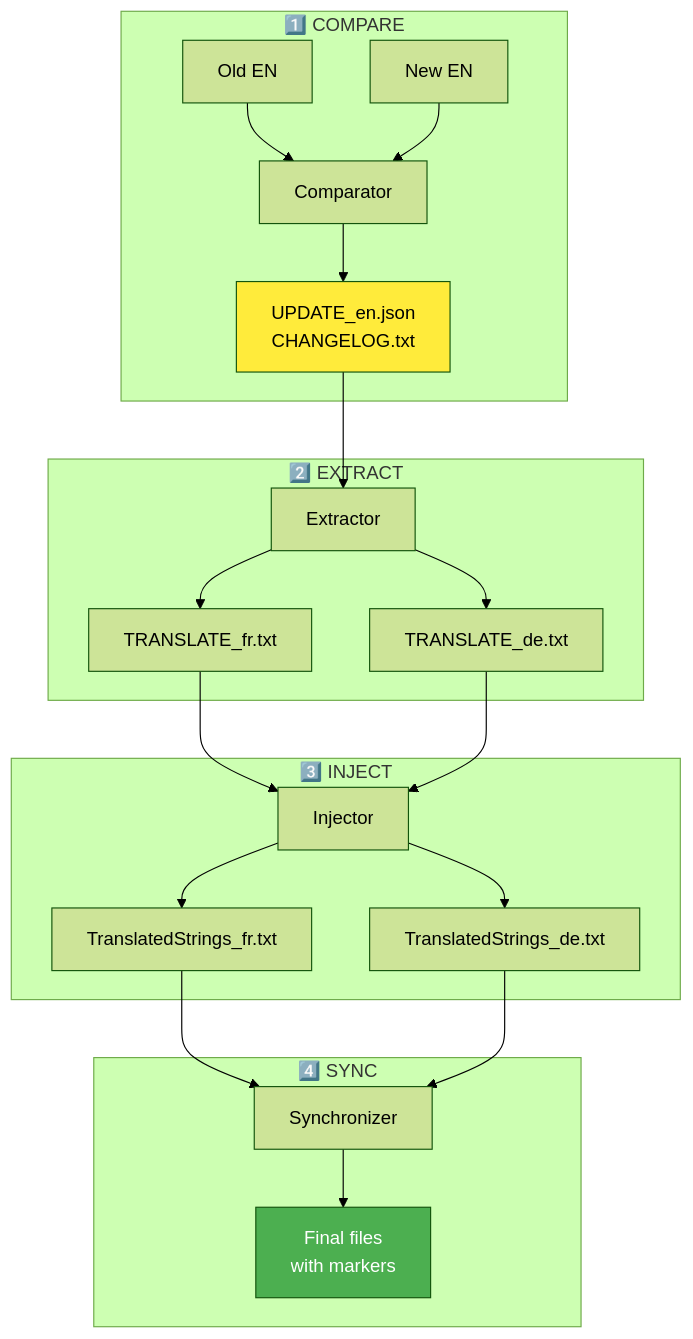
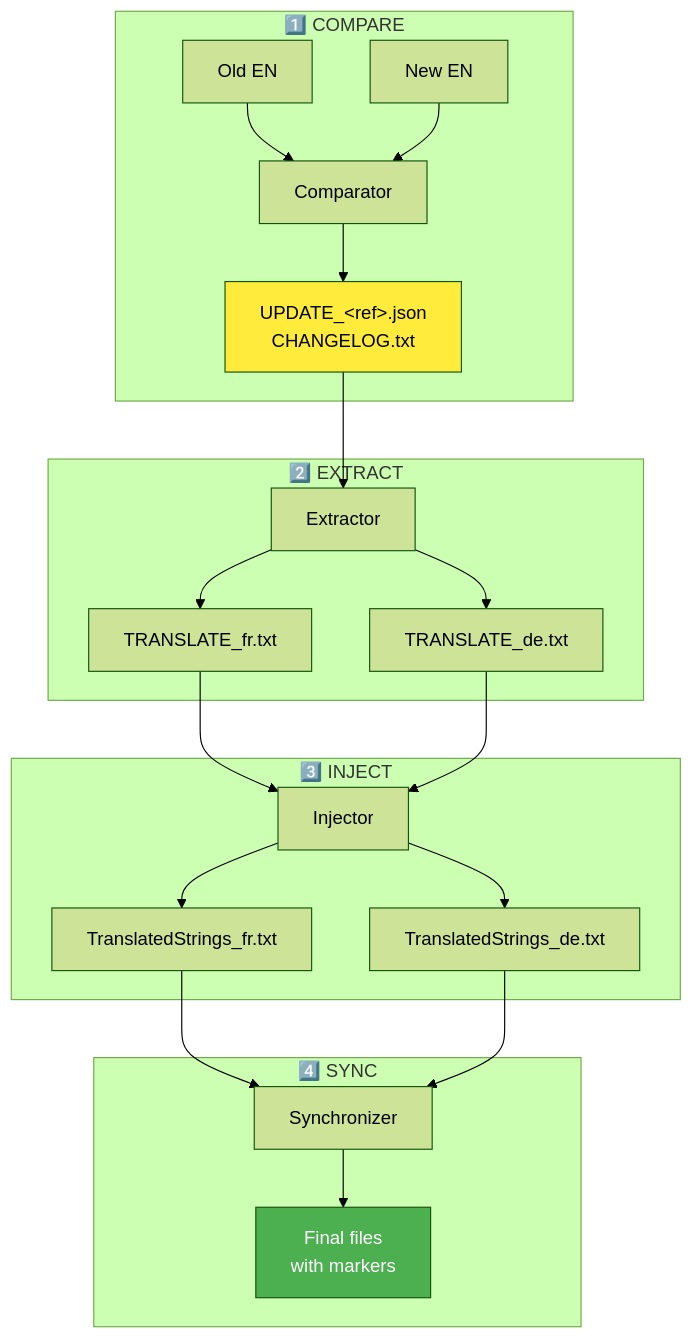
Before and after one commit to Gotcha26/Adobe_Lightroom_Translation_Plugins_Kit: the seventh of 10 diagrams in tools/translator/__doc__/en/Translator_en.md, drawn with Mermaid (forest theme). The commit also changed other lines of this file and 28 other files, not shown here.

````diff
--- a/tools/translator/__doc__/en/Translator_en.md
+++ b/tools/translator/__doc__/en/Translator_en.md
@@ -258,30 +262,30 @@
 ```mermaid
 flowchart TD
     subgraph Compare["1️⃣ COMPARE"]
         C1["Old EN"] --> C["Comparator"]
         C2["New EN"] --> C
-        C --> C3["UPDATE_en.json<br/>CHANGELOG.txt"]
+        C --> C3["UPDATE_&lt;ref&gt;.json<br/>CHANGELOG.txt"]
     end
 
     subgraph Extract["2️⃣ EXTRACT"]
         C3 --> E["Extractor"]
         E --> E1["TRANSLATE_fr.txt"]
         E --> E2["TRANSLATE_de.txt"]
     end
 
     subgraph Inject["3️⃣ INJECT"]
         E1 --> I["Injector"]
         E2 --> I
         I --> I1["TranslatedStrings_fr.txt"]
         I --> I2["TranslatedStrings_de.txt"]
     end
 
     subgraph Sync["4️⃣ SYNC"]
         I1 --> S["Synchronizer"]
         I2 --> S
         S --> S1["Final files<br/>with markers"]
     end
 
     style C3 fill:#FFEB3B,color:#000
     style S1 fill:#4CAF50,color:#fff
 ```
````
